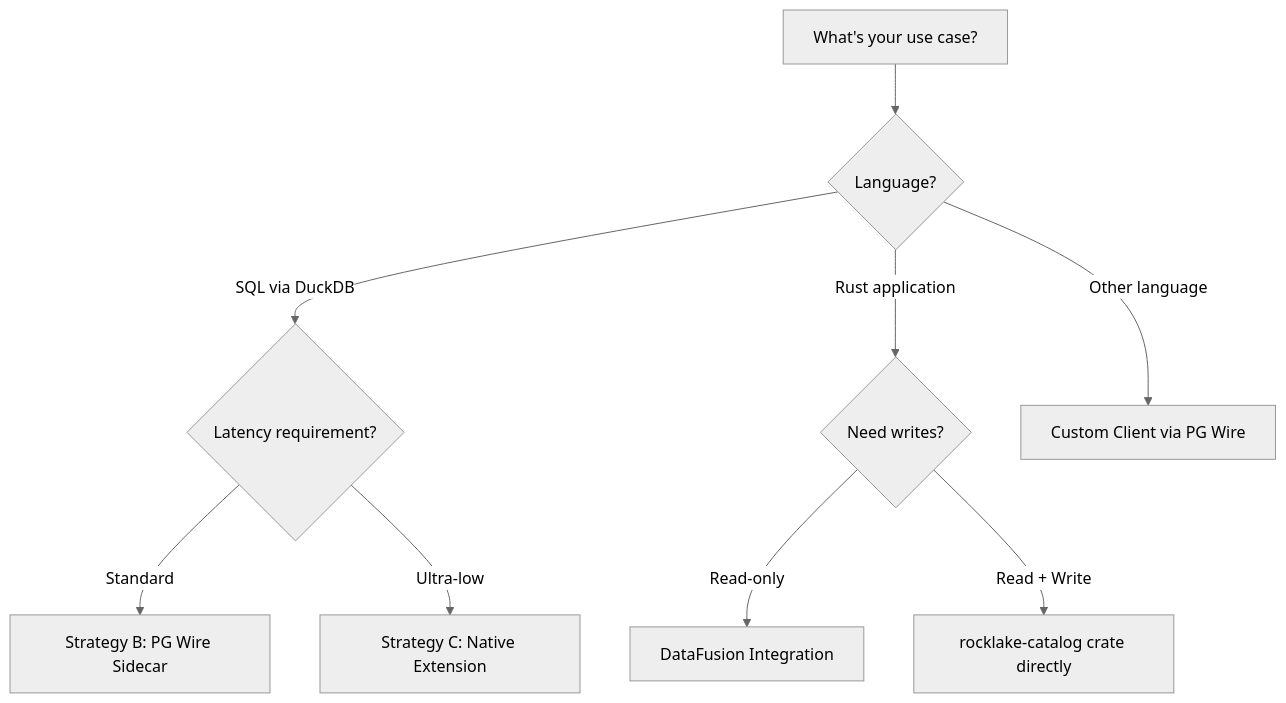
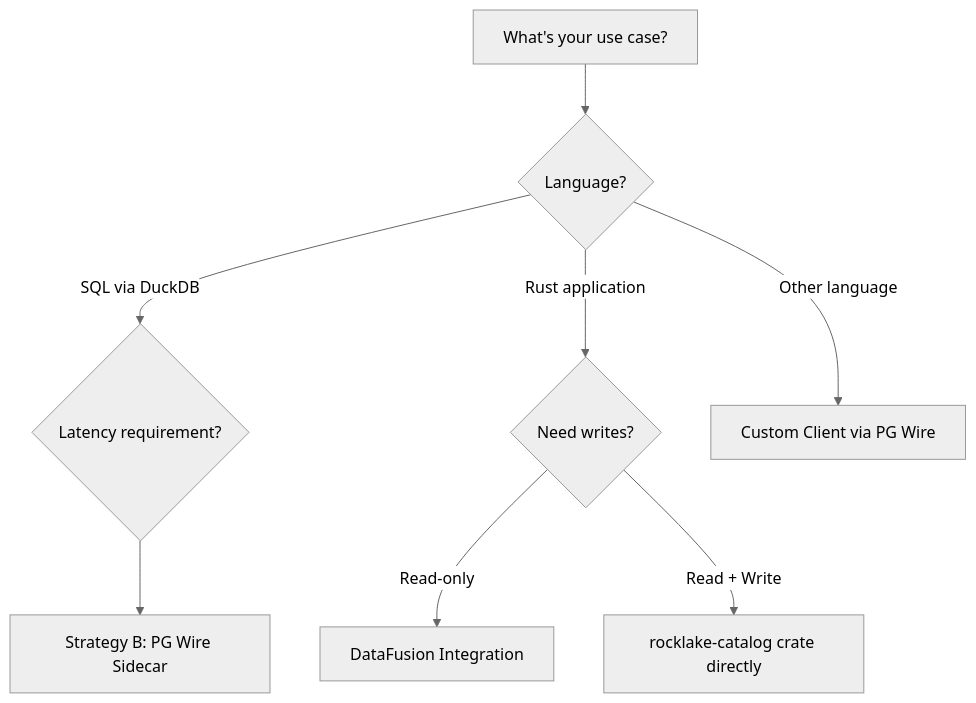
Before and after one commit to trickle-labs/rocklake: the second of 2 diagrams in docs/integration/index.md, drawn with Mermaid (neutral theme). The commit also changed other lines of this file and 113 other files, not shown here.

````diff
--- a/docs/integration/index.md
+++ b/docs/integration/index.md
@@ -56,13 +52,12 @@
 ```mermaid
 flowchart TD
     A[What's your use case?] --> B{Language?}
     B -->|SQL via DuckDB| C{Latency requirement?}
     B -->|Rust application| D{Need writes?}
     B -->|Other language| E[Custom Client via PG Wire]
     
-    C -->|Standard| F[Strategy B: PG Wire Sidecar]
-    C -->|Ultra-low| G[Strategy C: Native Extension]
+    C --> F[Strategy B: PG Wire Sidecar]
     
     D -->|Read-only| H[DataFusion Integration]
     D -->|Read + Write| I[rocklake-catalog crate directly]
 ```
````
